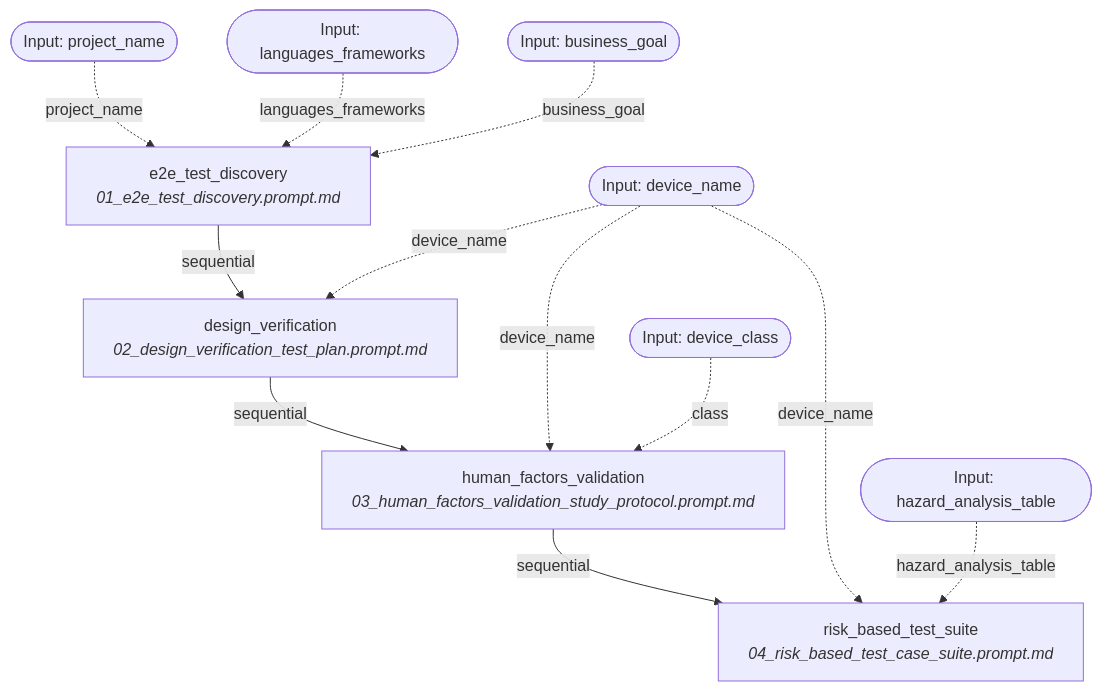
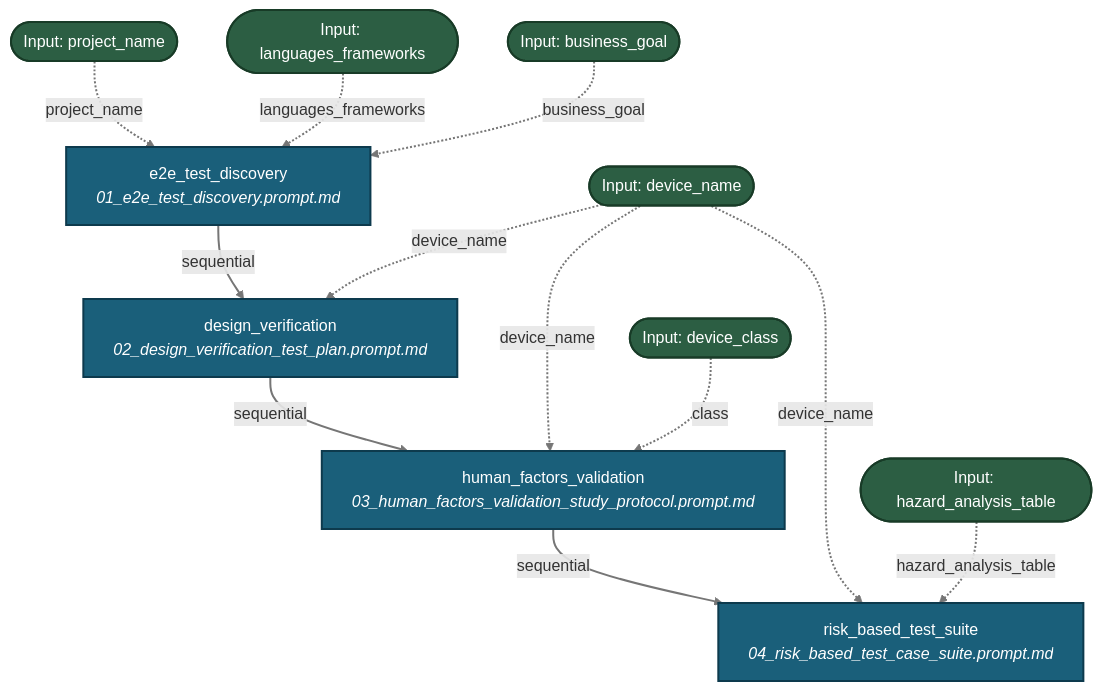
The diagram in docs/workflows/testing.md (fderuiter/proompts), drawn with Mermaid before and after one commit. The commit also changed 267 other files, not shown here.

````diff
--- a/docs/workflows/testing.md
+++ b/docs/workflows/testing.md
@@ -11,24 +11,27 @@
 ```mermaid
 graph TD
-    INPUT_project_name([Input: project_name])
-    INPUT_languages_frameworks([Input: languages_frameworks])
-    INPUT_business_goal([Input: business_goal])
-    INPUT_device_name([Input: device_name])
-    INPUT_device_class([Input: device_class])
-    INPUT_hazard_analysis_table([Input: hazard_analysis_table])
-    e2e_test_discovery[e2e_test_discovery<br><i>01_e2e_test_discovery.prompt.md</i>]
+    classDef stepNode fill:#1a5f7a,stroke:#0d3a4d,stroke-width:2px,color:#ffffff;
+    classDef inputNode fill:#2c5e43,stroke:#183b27,stroke-width:2px,color:#ffffff;
+    INPUT_project_name([Input: project_name]):::inputNode
+    INPUT_languages_frameworks([Input: languages_frameworks]):::inputNode
+    INPUT_business_goal([Input: business_goal]):::inputNode
+    INPUT_device_name([Input: device_name]):::inputNode
+    INPUT_device_class([Input: device_class]):::inputNode
+    INPUT_hazard_analysis_table([Input: hazard_analysis_table]):::inputNode
+    e2e_test_discovery[e2e_test_discovery<br><i>01_e2e_test_discovery.prompt.md</i>]:::stepNode
     INPUT_project_name -. project_name .-> e2e_test_discovery
     INPUT_languages_frameworks -. languages_frameworks .-> e2e_test_discovery
     INPUT_business_goal -. business_goal .-> e2e_test_discovery
     e2e_test_discovery -->|sequential| design_verification
-    design_verification[design_verification<br><i>02_design_verification_test_plan.prompt.md</i>]
+    design_verification[design_verification<br><i>02_design_verification_test_plan.prompt.md</i>]:::stepNode
     INPUT_device_name -. device_name .-> design_verification
     design_verification -->|sequential| human_factors_validation
-    human_factors_validation[human_factors_validation<br><i>03_human_factors_validation_study_protocol.prompt.md</i>]
+    human_factors_validation[human_factors_validation<br><i>03_human_factors_validation_study_protocol.prompt.md</i>]:::stepNode
     INPUT_device_name -. device_name .-> human_factors_validation
     INPUT_device_class -. class .-> human_factors_validation
     human_factors_validation -->|sequential| risk_based_test_suite
-    risk_based_test_suite[risk_based_test_suite<br><i>04_risk_based_test_case_suite.prompt.md</i>]
+    risk_based_test_suite[risk_based_test_suite<br><i>04_risk_based_test_case_suite.prompt.md</i>]:::stepNode
     INPUT_device_name -. device_name .-> risk_based_test_suite
     INPUT_hazard_analysis_table -. hazard_analysis_table .-> risk_based_test_suite
+    linkStyle default stroke:#767676,stroke-width:2px;
 ```
````
